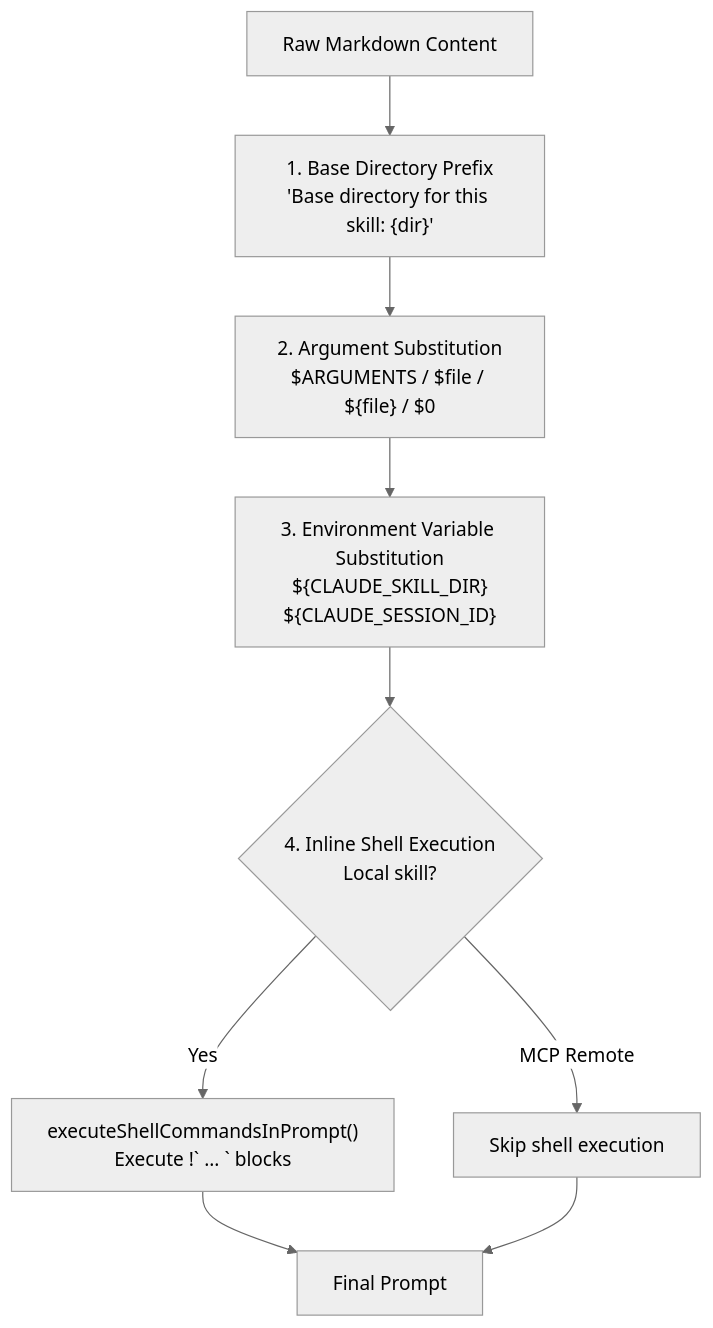
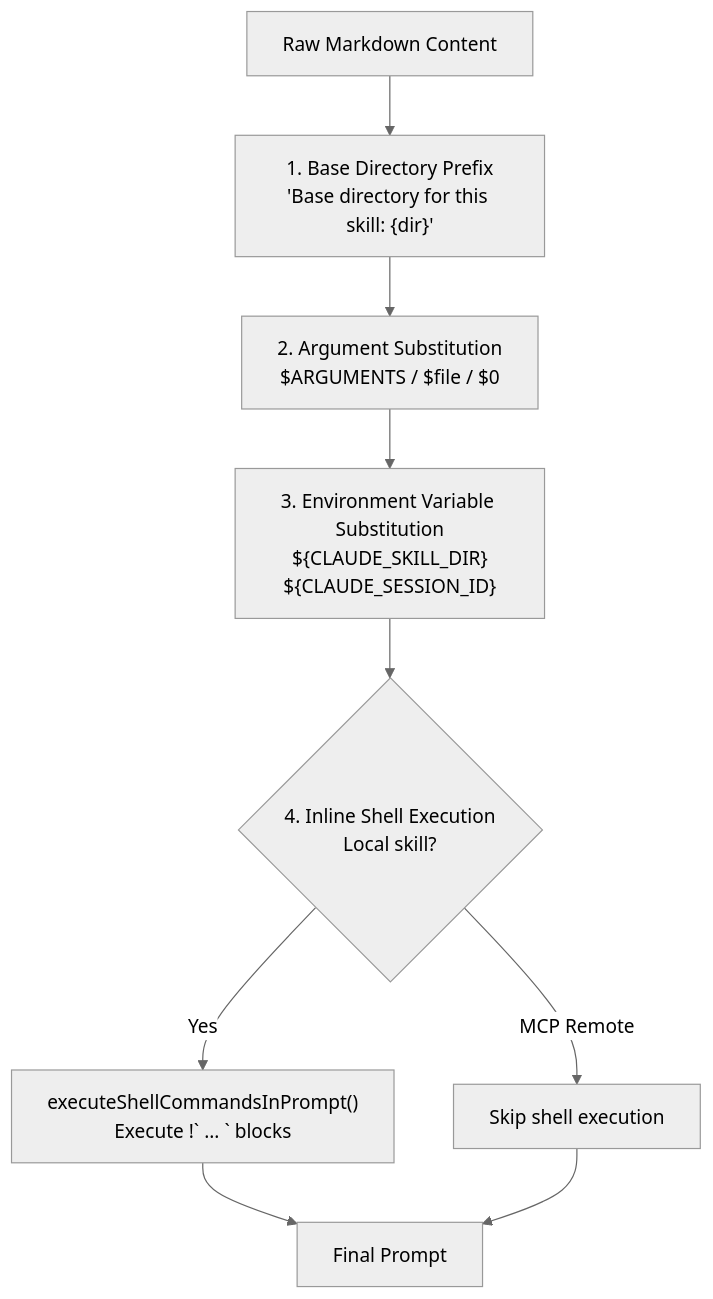
Before and after one commit to Windy3f3f3f3f/how-claude-code-works: the fourth of 7 diagrams in en/docs/09-skills-system.md, drawn with Mermaid (neutral theme). The commit also changed other lines of this file and 36 other files, not shown here.

````diff
--- a/en/docs/09-skills-system.md
+++ b/en/docs/09-skills-system.md
@@ -207,11 +207,11 @@
 ```mermaid
 flowchart TD
     Raw[Raw Markdown Content] --> Base["1. Base Directory Prefix<br/>'Base directory for this skill: {dir}'"]
-    Base --> Args["2. Argument Substitution<br/>$ARGUMENTS / $file / ${file} / $0"]
+    Base --> Args["2. Argument Substitution<br/>$ARGUMENTS / $file / $0"]
     Args --> Env["3. Environment Variable Substitution<br/>${CLAUDE_SKILL_DIR}<br/>${CLAUDE_SESSION_ID}"]
     Env --> Shell{"4. Inline Shell Execution<br/>Local skill?"}
     Shell -->|Yes| Exec["executeShellCommandsInPrompt()<br/>Execute !` ... ` blocks"]
     Shell -->|MCP Remote| Skip["Skip shell execution"]
     Exec --> Final[Final Prompt]
     Skip --> Final
 ```
````
